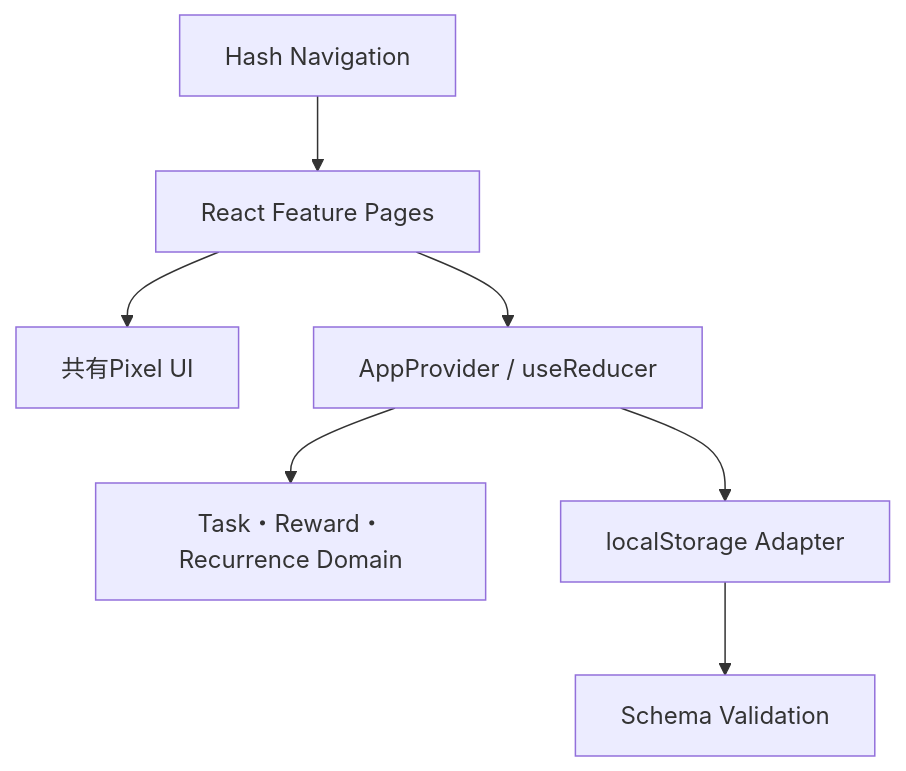
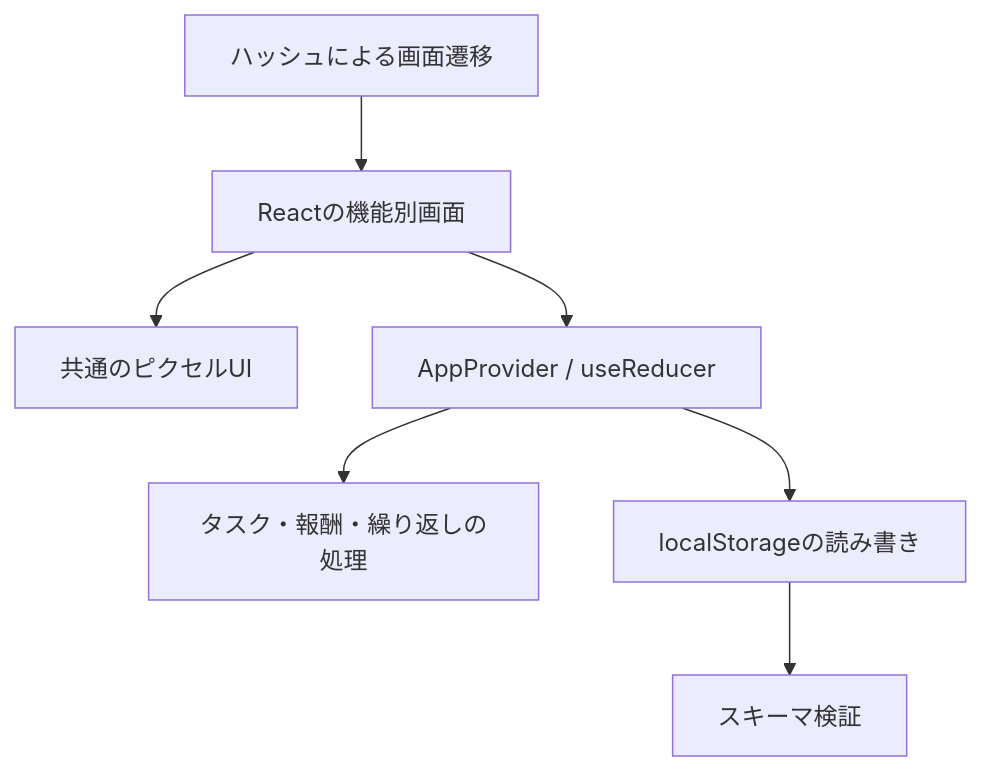
One commit to zahin-dev/Tascat changed the second of 2 diagrams in README.md. Above: the diagram before and after it, drawn with Mermaid. The commit also changed other lines of this file, not shown here.

````diff
--- a/README.md
+++ b/README.md
@@ -101,9 +101,9 @@
 ```mermaid
 flowchart TD
-  R[Hash Navigation] --> P[React Feature Pages]
-  P --> U[共有Pixel UI]
+  R[ハッシュによる画面遷移] --> P[Reactの機能別画面]
+  P --> U[共通のピクセルUI]
   P --> S[AppProvider / useReducer]
-  S --> D[Task・Reward・Recurrence Domain]
-  S --> L[localStorage Adapter]
-  L --> V[Schema Validation]
+  S --> D[タスク・報酬・繰り返しの処理]
+  S --> L[localStorageの読み書き]
+  L --> V[スキーマ検証]
 ```
````
